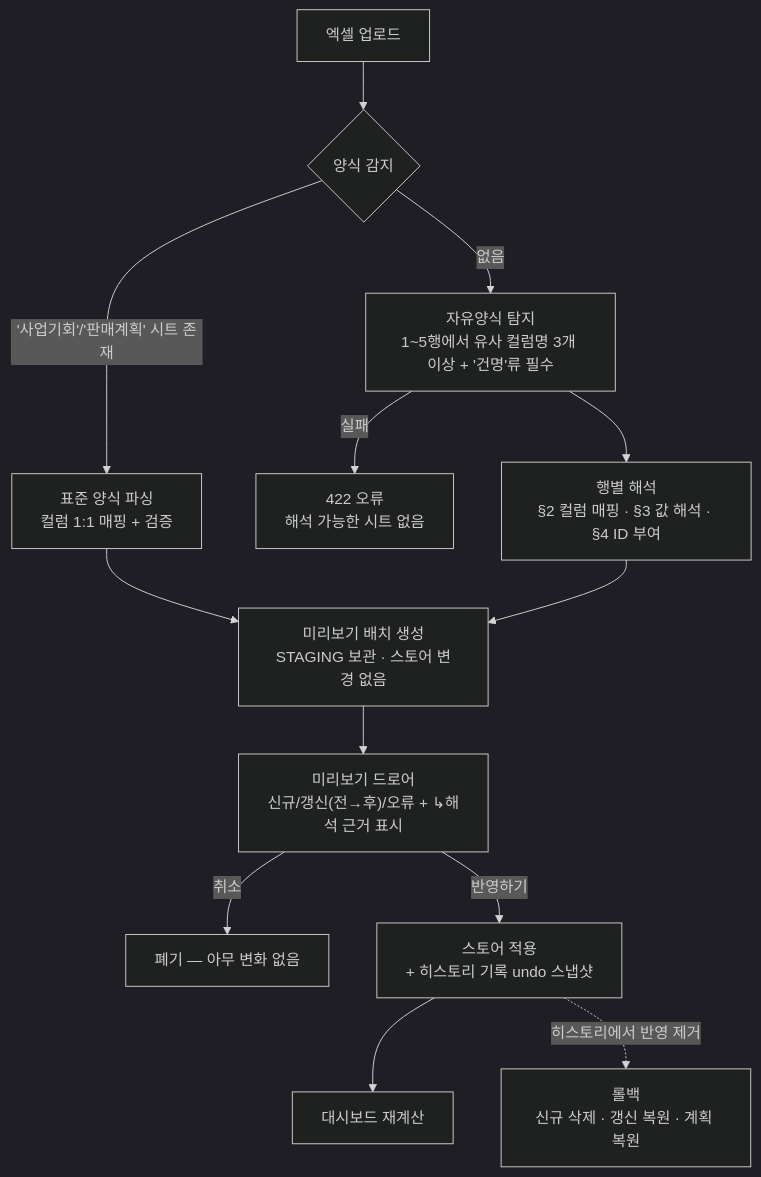
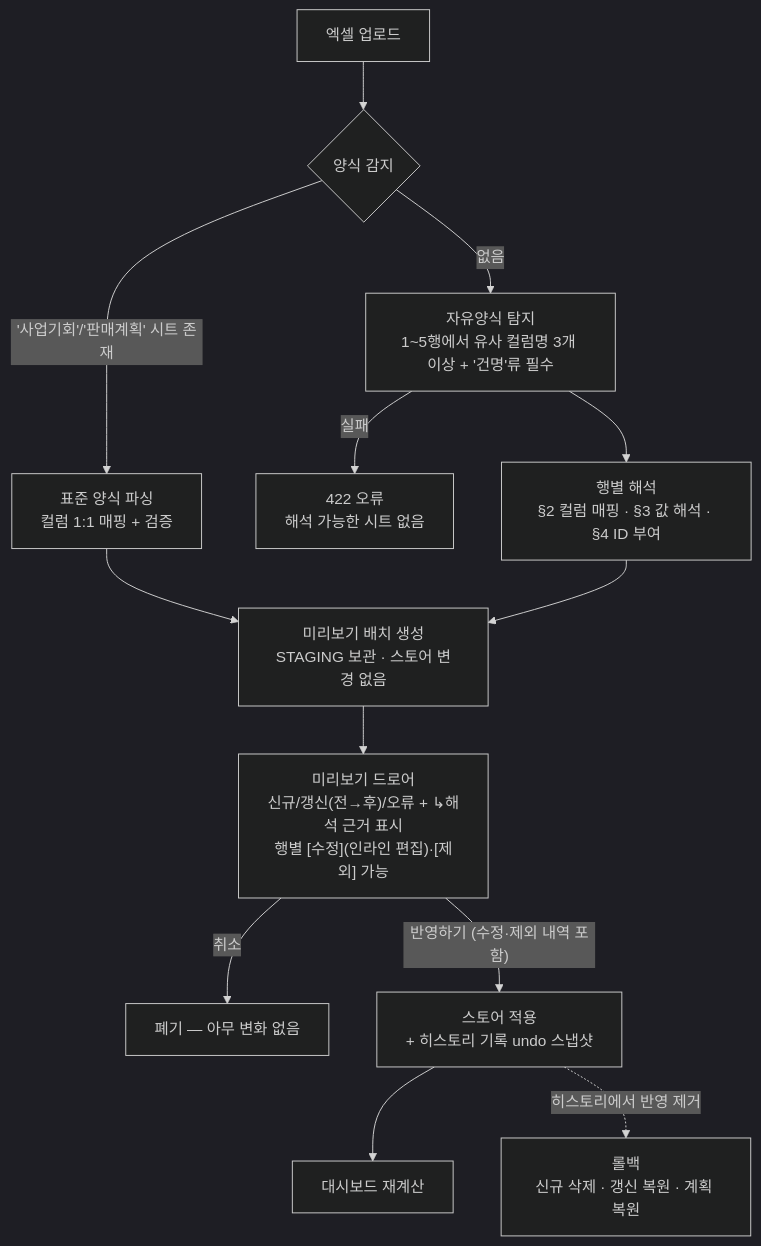
One commit to staycuriousn/mi-example changed the first of 2 diagrams in docs/EXCEL_MAPPING_LOGIC.md. Above: the diagram before and after it, drawn with Mermaid (dark theme). The commit also changed other lines of this file, not shown here.

First line of the commit message:
Document inline edit/exclude flow in mapping logic doc

````diff
--- a/docs/EXCEL_MAPPING_LOGIC.md
+++ b/docs/EXCEL_MAPPING_LOGIC.md
@@ -8,15 +8,15 @@
 ```mermaid
 flowchart TD
     A[엑셀 업로드] --> B{양식 감지}
     B -->|"'사업기회'/'판매계획' 시트 존재"| C[표준 양식 파싱<br/>컬럼 1:1 매핑 + 검증]
     B -->|없음| D["자유양식 탐지<br/>1~5행에서 유사 컬럼명 3개 이상 + '건명'류 필수"]
     D -->|실패| E[422 오류<br/>해석 가능한 시트 없음]
     D --> F[행별 해석<br/>§2 컬럼 매핑 · §3 값 해석 · §4 ID 부여]
     C --> G[미리보기 배치 생성<br/>STAGING 보관 · 스토어 변경 없음]
     F --> G
-    G --> H["미리보기 드로어<br/>신규/갱신(전→후)/오류 + ↳해석 근거 표시"]
+    G --> H["미리보기 드로어<br/>신규/갱신(전→후)/오류 + ↳해석 근거 표시<br/>행별 [수정](인라인 편집)·[제외] 가능"]
     H -->|취소| I[폐기 — 아무 변화 없음]
-    H -->|반영하기| J[스토어 적용<br/>+ 히스토리 기록 undo 스냅샷]
+    H -->|"반영하기 (수정·제외 내역 포함)"| J[스토어 적용<br/>+ 히스토리 기록 undo 스냅샷]
     J --> K[대시보드 재계산]
     J -.->|히스토리에서 반영 제거| L[롤백<br/>신규 삭제 · 갱신 복원 · 계획 복원]
 ```
````
